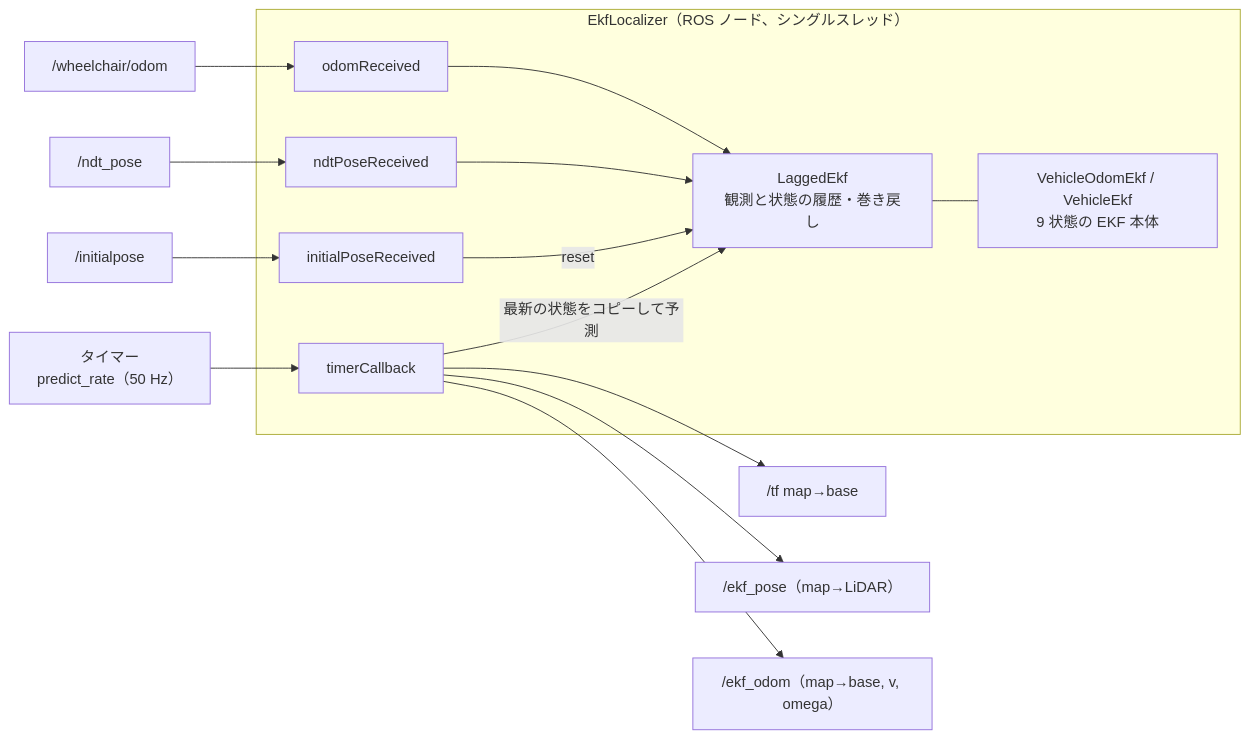
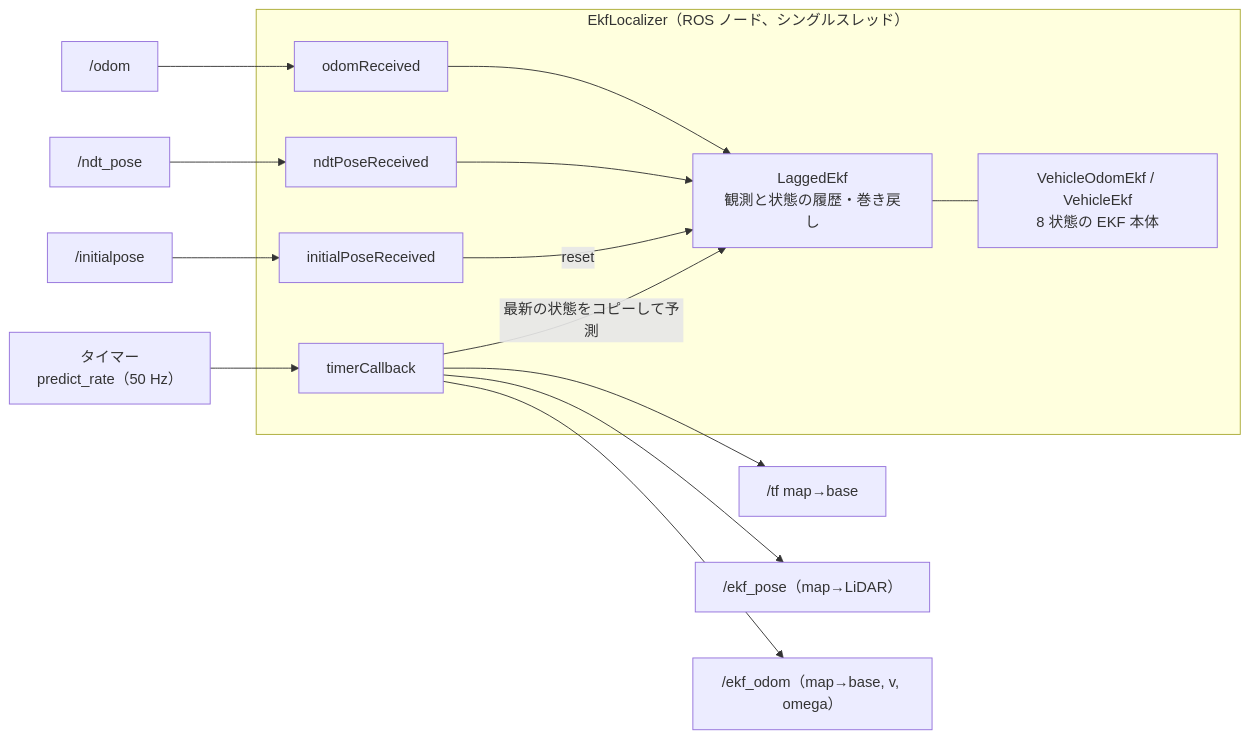
Before and after one commit to MaeharaTakumi/ekf_localizer: the first of 5 diagrams in docs/ekf_flow.md, drawn with Mermaid. The commit also changed other lines of this file and 13 other files, not shown here.

First line of the commit message:
Refactor VehicleOdomEkf to remove omega scale estimation

````diff
--- a/docs/ekf_flow.md
+++ b/docs/ekf_flow.md
@@ -8,21 +7,21 @@
 ```mermaid
 flowchart LR
-  odom["/wheelchair/odom"] --> cbO["odomReceived"]
+  odom["/odom"] --> cbO["odomReceived"]
   ndt["/ndt_pose"] --> cbN["ndtPoseReceived"]
   ip["/initialpose"] --> cbI["initialPoseReceived"]
   timer["タイマー<br/>predict_rate（50 Hz）"] --> cbT["timerCallback"]
 
   subgraph node["EkfLocalizer（ROS ノード、シングルスレッド）"]
     cbO --> lag
     cbN --> lag
     cbI -->|reset| lag
     lag["LaggedEkf<br/>観測と状態の履歴・巻き戻し"]
-    core["VehicleOdomEkf / VehicleEkf<br/>9 状態の EKF 本体"]
+    core["VehicleOdomEkf / VehicleEkf<br/>8 状態の EKF 本体"]
     lag --- core
     cbT -->|最新の状態をコピーして予測| lag
   end
 
   cbT --> tf["/tf map→base"]
   cbT --> ep["/ekf_pose（map→LiDAR）"]
   cbT --> eo["/ekf_odom（map→base, v, omega）"]
 ```
````
